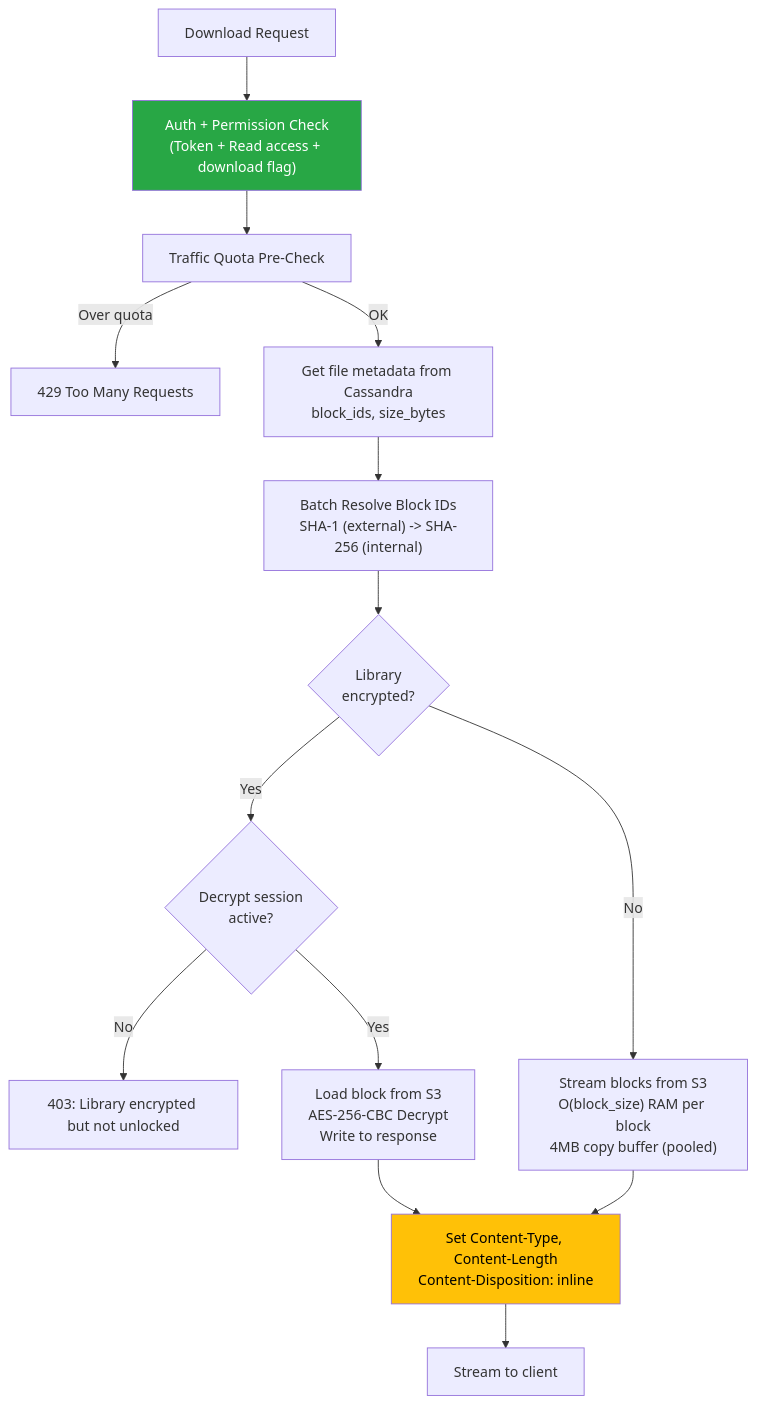
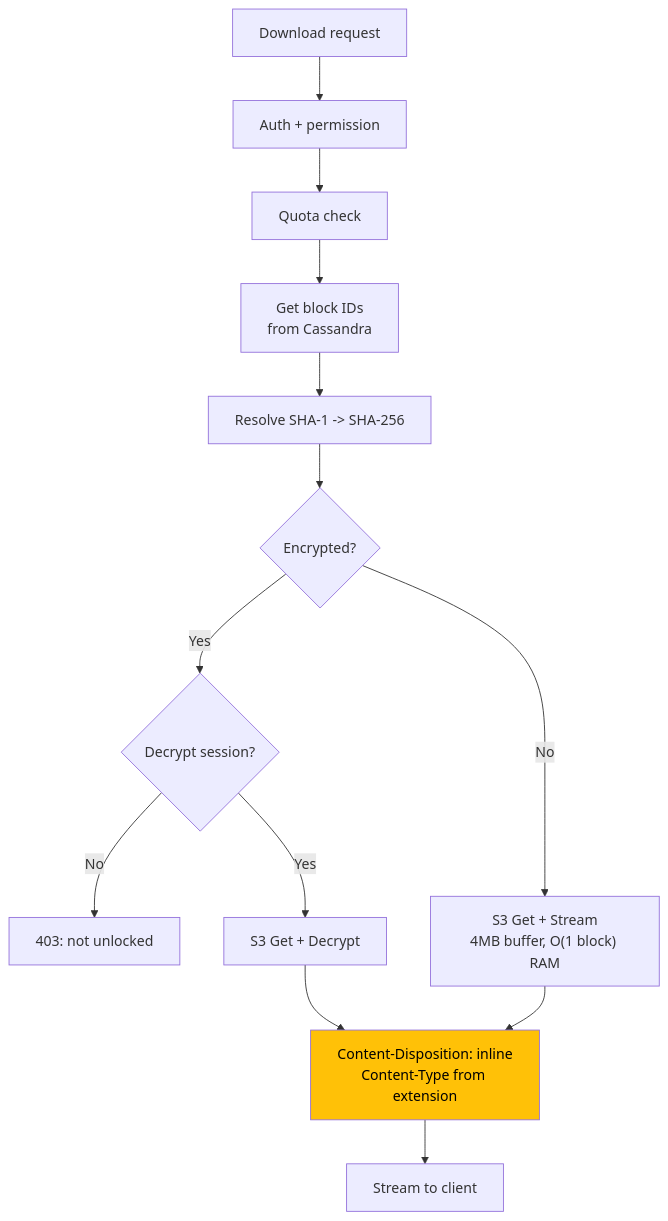
The second of 4 diagrams in docs/diagrams/storage-layer.md (Sesame-Disk/cool-storage-api), drawn with Mermaid before and after one commit. The commit also changed other lines of this file and 5 other files, not shown here.

Commit message:
Fix: mermaid diagram generator visibility. Adding diagrams and reviewing previous review fixes

````diff
--- a/docs/diagrams/storage-layer.md
+++ b/docs/diagrams/storage-layer.md
@@ -37,26 +30,18 @@
 ```mermaid
 flowchart TD
-    Request["Download Request"] --> AuthCheck["Auth + Permission Check<br/>(Token + Read access + download flag)"]
-    AuthCheck --> QuotaCheck["Traffic Quota Pre-Check"]
-    QuotaCheck -->|"Over quota"| Reject["429 Too Many Requests"]
-    QuotaCheck -->|"OK"| GetMeta["Get file metadata from Cassandra<br/>block_ids, size_bytes"]
+    DL["Download request"]
+    DL --> Auth["Auth + permission"]
+    Auth --> Quota["Quota check"]
+    Quota --> Meta["Get block IDs<br/>from Cassandra"]
+    Meta --> Resolve["Resolve SHA-1 -> SHA-256"]
+    Resolve --> Enc{"Encrypted?"}
+    Enc -->|Yes| Unlock{"Decrypt session?"}
+    Unlock -->|No| R403["403: not unlocked"]
+    Unlock -->|Yes| GetDec["S3 Get + Decrypt"]
+    Enc -->|No| GetPlain["S3 Get + Stream<br/>4MB buffer, O(1 block) RAM"]
+    GetDec --> Headers["Content-Disposition: inline<br/>Content-Type from extension"]
+    GetPlain --> Headers
+    Headers --> Client["Stream to client"]
 
-    GetMeta --> ResolveBlocks["Batch Resolve Block IDs<br/>SHA-1 (external) -> SHA-256 (internal)"]
-    ResolveBlocks --> EncryptCheck{"Library<br/>encrypted?"}
-
-    EncryptCheck -->|"Yes"| HasDecryptSession{"Decrypt session<br/>active?"}
-    HasDecryptSession -->|"No"| Reject403["403: Library encrypted but not unlocked"]
-    HasDecryptSession -->|"Yes"| StreamEncrypted
-
-    EncryptCheck -->|"No"| StreamPlain["Stream blocks from S3<br/>O(block_size) RAM per block<br/>4MB copy buffer (pooled)"]
-
-    StreamEncrypted["Load block from S3<br/>AES-256-CBC Decrypt<br/>Write to response"]
-
-    StreamPlain --> SetHeaders["Set Content-Type, Content-Length<br/>Content-Disposition: inline"]
-    StreamEncrypted --> SetHeaders
-
-    SetHeaders --> Response["Stream to client"]
-
-    style AuthCheck fill:#28a745,color:#fff
-    style SetHeaders fill:#ffc107,color:#000
+    style Headers fill:#ffc107,color:#000
 ```
````
